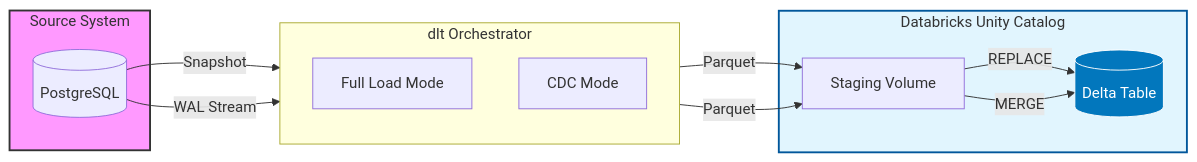
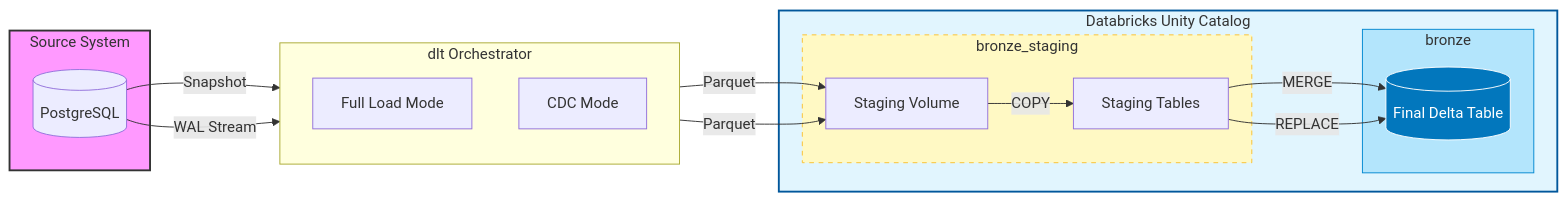
One commit to victor-antoniassi/postgres-to-databricks-cdc changed the diagram in README.md. Above: the diagram before and after it, drawn with Mermaid. The commit also changed other lines of this file, not shown here.

Commit message:
docs: Clarify staging schema pattern in architecture section

````diff
--- a/README.md
+++ b/README.md
@@ -25,32 +28,41 @@
 ```mermaid
 flowchart LR
     subgraph Source [Source System]
         PG[(PostgreSQL)]
     end
 
     subgraph Pipeline [dlt Orchestrator]
         direction TB
         FullLoad[Full Load Mode]
         CDC[CDC Mode]
     end
     
     subgraph Target [Databricks Unity Catalog]
-        Volume[Staging Volume]
-        Delta[(Delta Table)]
+        subgraph StagingSchema [bronze_staging]
+            VolStaging[Staging Volume]
+            TabStaging[Staging Tables]
+        end
+        
+        subgraph FinalSchema [bronze]
+            Delta[(Final Delta Table)]
+        end
     end
 
     %% Data Flow
     PG -->|Snapshot| FullLoad
     PG -->|WAL Stream| CDC
     
-    FullLoad -->|Parquet| Volume
-    CDC -->|Parquet| Volume
+    FullLoad -->|Parquet| VolStaging
+    CDC -->|Parquet| VolStaging
     
-    Volume -->|REPLACE| Delta
-    Volume -->|MERGE| Delta
+    VolStaging -->|COPY| TabStaging
+    TabStaging -->|MERGE| Delta
+    TabStaging -->|REPLACE| Delta
     
     %% Styling
     style Source fill:#f9f,stroke:#333,stroke-width:2px
     style Target fill:#e1f5fe,stroke:#01579b,stroke-width:2px
     style Delta fill:#0277bd,stroke:#fff,color:#fff
+    style StagingSchema fill:#fff9c4,stroke:#fbc02d,stroke-dasharray: 5 5
+    style FinalSchema fill:#b3e5fc,stroke:#0288d1
 ```
````
